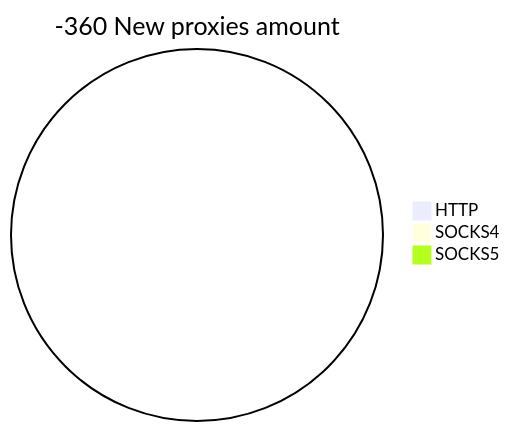
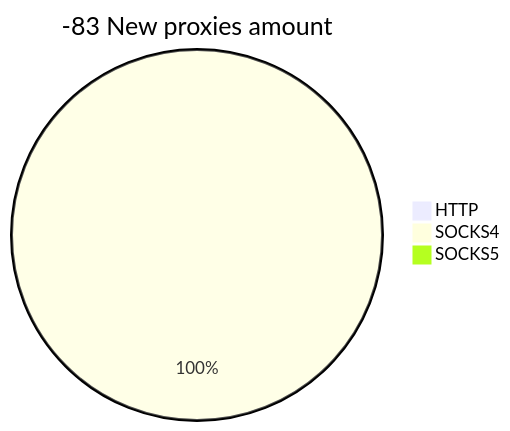
Before and after one commit to cutipu/proxylist: the second of 2 diagrams in README.md, drawn with Mermaid. The commit also changed other lines of this file, not shown here.

````diff
--- a/README.md
+++ b/README.md
@@ -10,6 +10,6 @@
 ```mermaid
-pie title -360 New proxies amount
+pie title -83 New proxies amount
     "HTTP" : 0
-    "SOCKS4" : 0
+    "SOCKS4" : 7
     "SOCKS5" : 0
 ```
````
